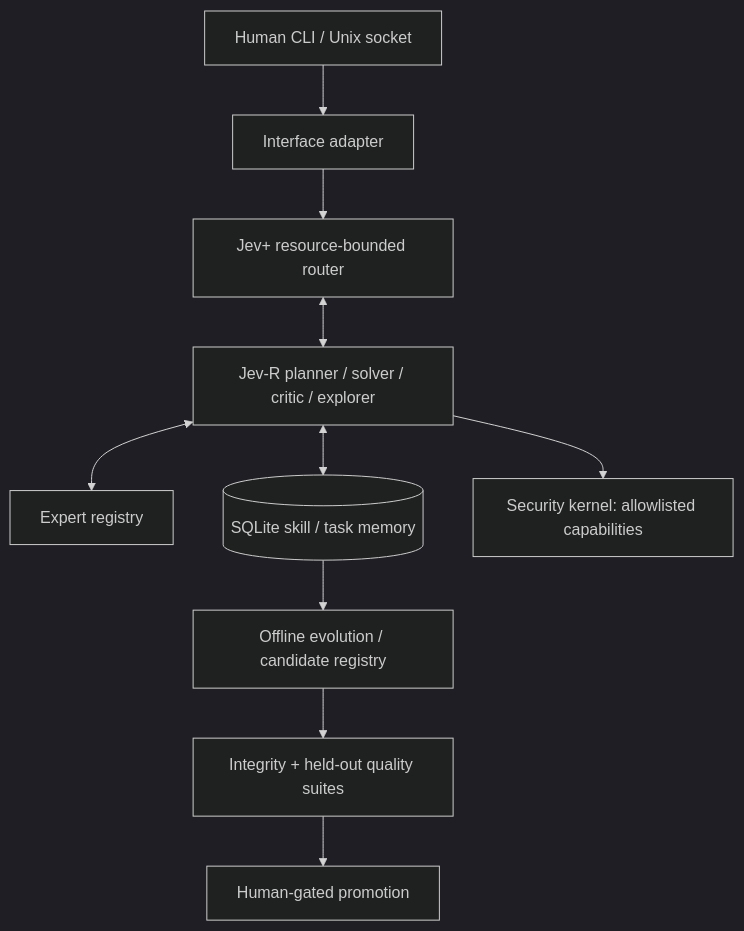
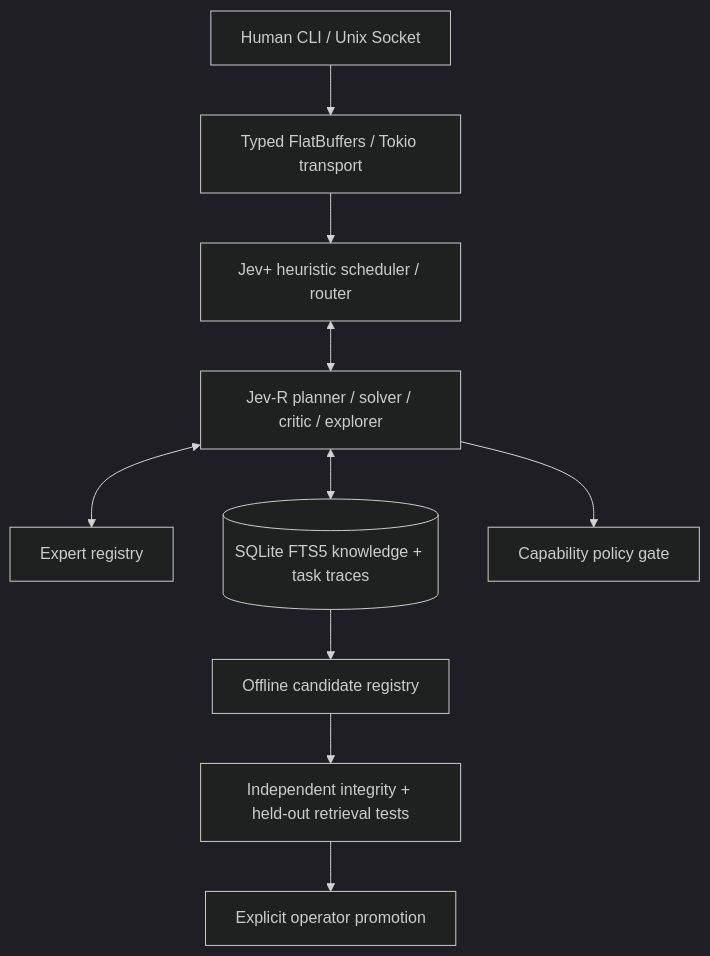
One commit to DrapNard/cognitive-fabric changed the diagram in docs/ARCHITECTURE.md. Above: the diagram before and after it, drawn with Mermaid (dark theme). The commit also changed other lines of this file and 44 other files, not shown here.

First line of the commit message:
Port cognitive runtime to Rust and FlatBuffers

````diff
--- a/docs/ARCHITECTURE.md
+++ b/docs/ARCHITECTURE.md
@@ -3,12 +3,12 @@
 ```mermaid
 flowchart TB
- H[Human CLI / Unix socket] --> IF[Interface adapter]
- IF --> J[Jev+ resource-bounded router]
+ H[Human CLI / Unix Socket] --> P[Typed FlatBuffers / Tokio transport]
+ P --> J[Jev+ heuristic scheduler / router]
  J <--> R[Jev-R planner / solver / critic / explorer]
  R <--> X[Expert registry]
- R <--> K[(SQLite skill / task memory)]
- R --> G[Security kernel: allowlisted capabilities]
- K --> E[Offline evolution / candidate registry]
- E --> Q[Integrity + held-out quality suites]
- Q --> P[Human-gated promotion]
+ R <--> K[(SQLite FTS5 knowledge + task traces)]
+ R --> G[Capability policy gate]
+ K --> E[Offline candidate registry]
+ E --> Q[Independent integrity + held-out retrieval tests]
+ Q --> A[Explicit operator promotion]
 ```
````
